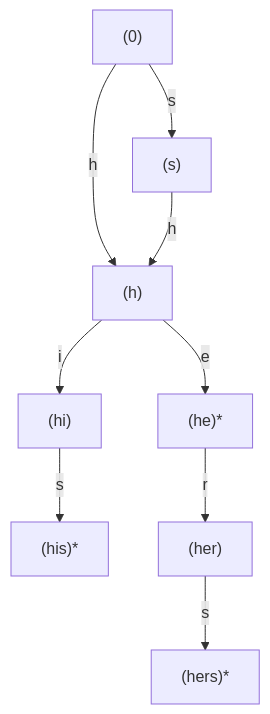
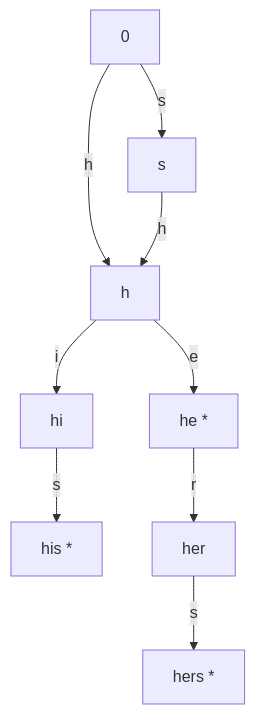
Before and after one commit to jpixy/jpixy.github.io: the sixth of 7 diagrams in content/articles/security/sec-07-深度包检测与入侵检测系统.md, drawn with Mermaid. The commit also changed other lines of this file and 66 other files, not shown here.

Commit message:
fix: resolve Mermaid syntax errors by removing parentheses in node labels

````diff
--- a/content/articles/security/sec-07-深度包检测与入侵检测系统.md
+++ b/content/articles/security/sec-07-深度包检测与入侵检测系统.md
@@ -131,11 +131,11 @@
 ```mermaid
 graph TB
-    S0["(0)"] -->|h| H["(h)"]
-    S0 -->|s| S["(s)"]
-    H -->|e| HE["(he)*"]
-    H -->|i| HI["(hi)"]
-    HI -->|s| HIS["(his)*"]
-    HE -->|r| HER["(her)"]
-    HER -->|s| HERS["(hers)*"]
+    S0["0"] -->|h| H["h"]
+    S0 -->|s| S["s"]
+    H -->|e| HE["he *"]
+    H -->|i| HI["hi"]
+    HI -->|s| HIS["his *"]
+    HE -->|r| HER["her"]
+    HER -->|s| HERS["hers *"]
     S -->|h| H
 ```
````
